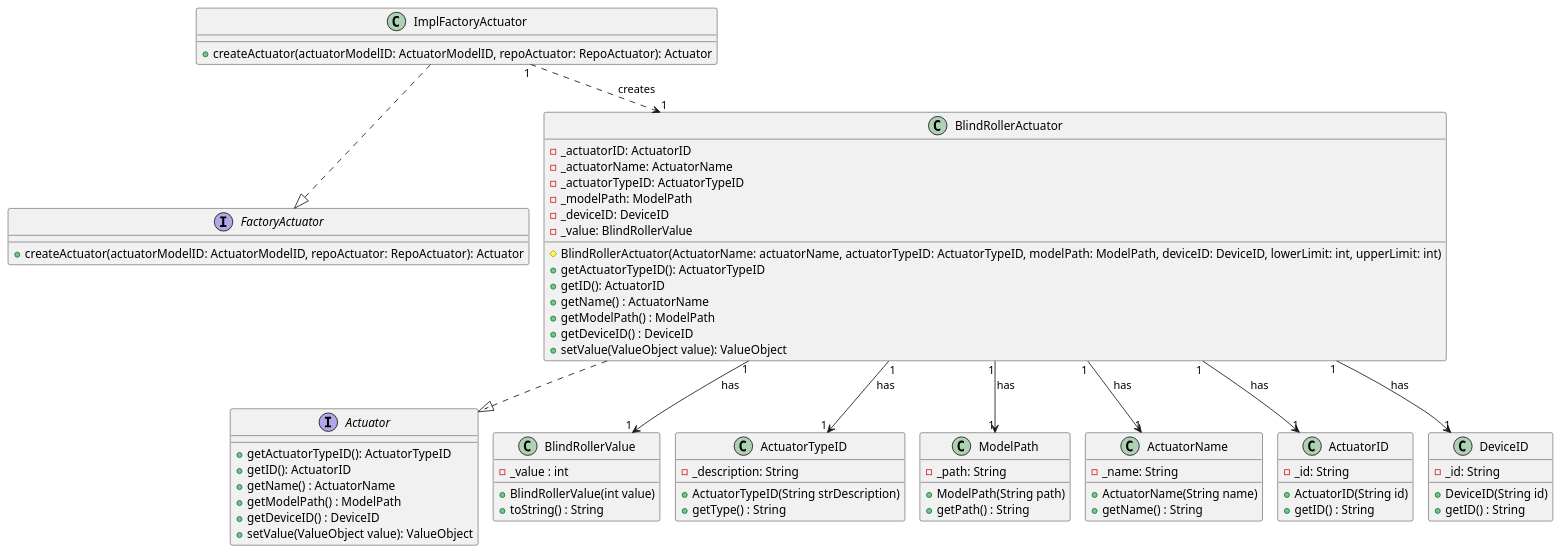
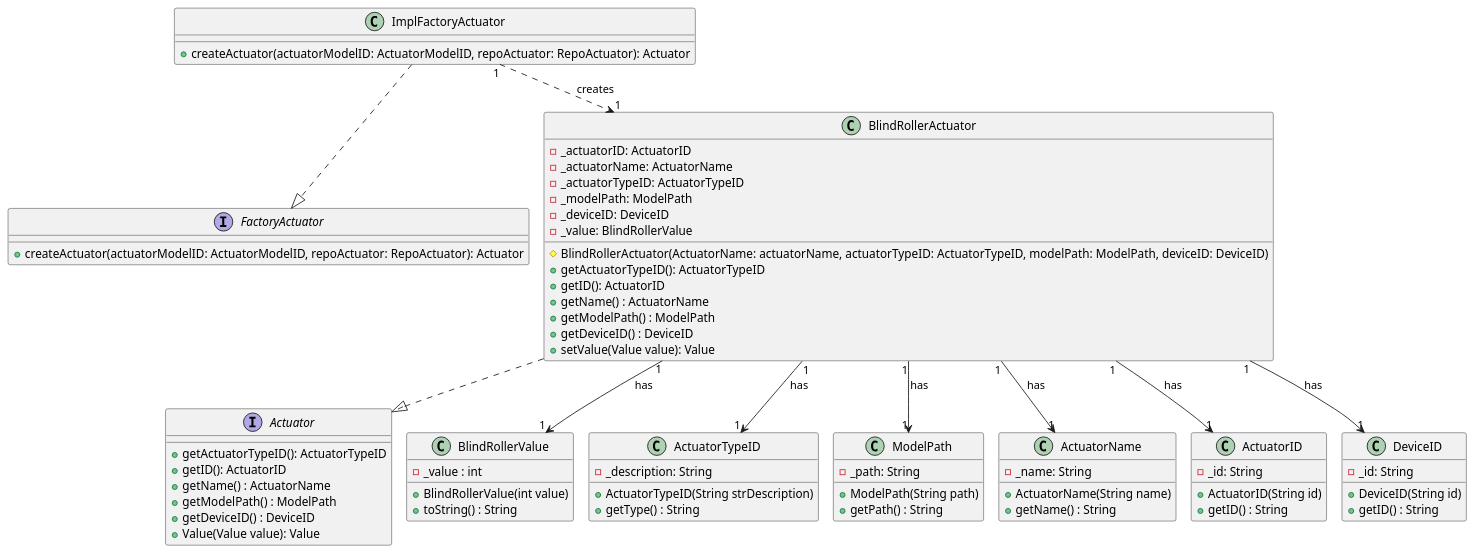
The diagram in docs/userStories/us14/artifacts/US14CD.puml (olivDiogo/SmartHome), drawn with PlantUML before and after one commit.

Commit message:
#273 [fix] - value method, class diagram

```diff
--- a/docs/userStories/us14/artifacts/US14CD.puml
+++ b/docs/userStories/us14/artifacts/US14CD.puml
@@ -1,88 +1,88 @@
 @startuml
 !pragma layout smetana
 
     interface Actuator {
         + getActuatorTypeID(): ActuatorTypeID
                 + getID(): ActuatorID
                 + getName() : ActuatorName
                 + getModelPath() : ModelPath
                 + getDeviceID() : DeviceID
-                + setValue(ValueObject value): ValueObject
+                + Value(Value value): Value
     }
     interface FactoryActuator {
         + createActuator(actuatorModelID: ActuatorModelID, repoActuator: RepoActuator): Actuator
     }
     class ImplFactoryActuator {
         + createActuator(actuatorModelID: ActuatorModelID, repoActuator: RepoActuator): Actuator
     }
 
     class BlindRollerActuator {
         - _actuatorID: ActuatorID
         - _actuatorName: ActuatorName
         - _actuatorTypeID: ActuatorTypeID
         - _modelPath: ModelPath
         - _deviceID: DeviceID
         - _value: BlindRollerValue
-        # BlindRollerActuator(ActuatorName: actuatorName, actuatorTypeID: ActuatorTypeID, modelPath: ModelPath, deviceID: DeviceID, lowerLimit: int, upperLimit: int)
+        # BlindRollerActuator(ActuatorName: actuatorName, actuatorTypeID: ActuatorTypeID, modelPath: ModelPath, deviceID: DeviceID)
         + getActuatorTypeID(): ActuatorTypeID
         + getID(): ActuatorID
         + getName() : ActuatorName
         + getModelPath() : ModelPath
         + getDeviceID() : DeviceID
-        + setValue(ValueObject value): ValueObject
+        + setValue(Value value): Value
     }
 
   class BlindRollerValue {
     - _value : int
     + BlindRollerValue(int value)
     + toString() : String
   }
 
     class ActuatorTypeID {
         - _description: String
         + ActuatorTypeID(String strDescription)
         + getType() : String
     }
 
     class ModelPath {
         - _path: String
         + ModelPath(String path)
         + getPath() : String
     }
 
     class ActuatorName {
         - _name: String
         + ActuatorName(String name)
         + getName() : String
     }
 
 
     class ActuatorID {
         - _id: String
         + ActuatorID(String id)
         + getID() : String
     }
 
     class DeviceID {
         - _id: String
         + DeviceID(String id)
         + getID() : String
     }
 
 
 ImplFactoryActuator ..|> FactoryActuator
 ImplFactoryActuator "1" ..> "1" BlindRollerActuator : creates
 
 BlindRollerActuator ..|> Actuator
 BlindRollerActuator "1" --> "1" BlindRollerValue : has
 BlindRollerActuator "1" -->  "1" ActuatorTypeID : has
 BlindRollerActuator "1" -->  "1" ModelPath : has
 BlindRollerActuator "1" -->  "1" ActuatorName : has
 BlindRollerActuator "1" -->  "1" ActuatorID : has
 BlindRollerActuator "1" -->  "1" DeviceID : has
 
 
 
 
 
 @enduml
```
